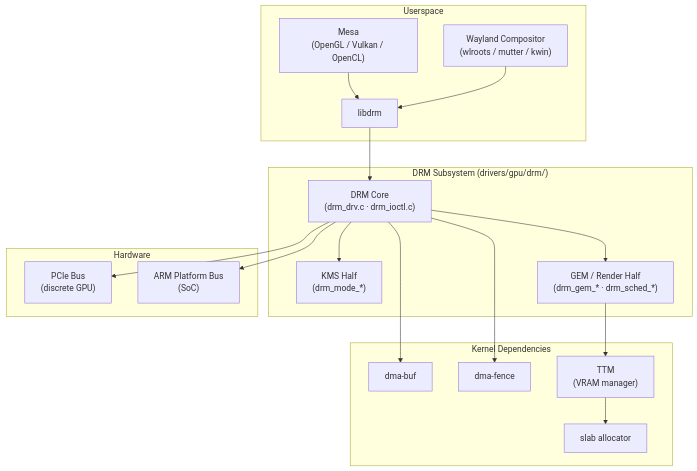
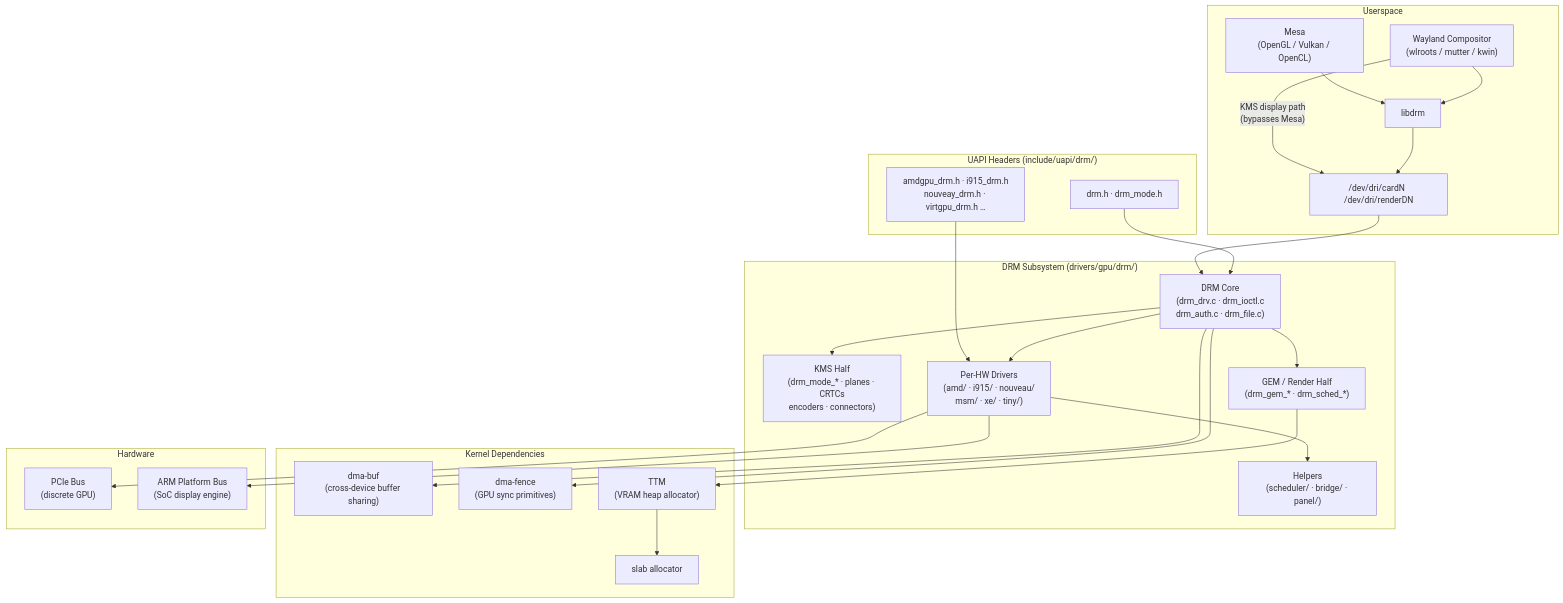
One commit to jreuben11/linux-graphics-stack-book changed the first of 6 diagrams in chapters/part-01-kernel-layer/ch01-drm-architecture.md. Above: the diagram before and after it, drawn with Mermaid.

Commit message:
Expand ch01 §1 component diagram to match prose coverage
Adds missing elements: UAPI headers subgraph (drm.h, drm_mode.h,
amdgpu_drm.h etc.), /dev/dri/ device nodes, per-HW driver subdir node
(amd/, i915/, nouveau/, msm/, xe/, tiny/), helper libraries
(scheduler/, bridge/, panel/), KMS object detail (planes, CRTCs,
encoders, connectors), and the direct Compositor→KMS display path that
bypasses Mesa. Edge from UAPIDriver→Drivers clarifies that per-driver
UAPI headers are consumed by the corresponding driver subdirectory.

````diff
--- a/chapters/part-01-kernel-layer/ch01-drm-architecture.md
+++ b/chapters/part-01-kernel-layer/ch01-drm-architecture.md
@@ -56,34 +56,47 @@
 ```mermaid
 graph TD
     subgraph Userspace
         Mesa["Mesa\n(OpenGL / Vulkan / OpenCL)"]
         Compositor["Wayland Compositor\n(wlroots / mutter / kwin)"]
         libdrm["libdrm"]
+        DevNodes["/dev/dri/cardN  /dev/dri/renderDN"]
+    end
+    subgraph "UAPI Headers (include/uapi/drm/)"
+        UAPICore["drm.h · drm_mode.h"]
+        UAPIDriver["amdgpu_drm.h · i915_drm.h\nnouveay_drm.h · virtgpu_drm.h …"]
     end
     subgraph "DRM Subsystem (drivers/gpu/drm/)"
-        DRMCore["DRM Core\n(drm_drv.c · drm_ioctl.c)"]
-        KMS["KMS Half\n(drm_mode_*)"]
+        DRMCore["DRM Core\n(drm_drv.c · drm_ioctl.c\ndrm_auth.c · drm_file.c)"]
+        KMS["KMS Half\n(drm_mode_* · planes · CRTCs\nencoders · connectors)"]
         GEM["GEM / Render Half\n(drm_gem_* · drm_sched_*)"]
+        Helpers["Helpers\n(scheduler/ · bridge/ · panel/)"]
+        Drivers["Per-HW Drivers\n(amd/ · i915/ · nouveau/\nmsm/ · xe/ · tiny/)"]
     end
     subgraph "Kernel Dependencies"
-        dmabuf["dma-buf"]
-        dmafence["dma-fence"]
-        TTM["TTM\n(VRAM manager)"]
+        dmabuf["dma-buf\n(cross-device buffer sharing)"]
+        dmafence["dma-fence\n(GPU sync primitives)"]
+        TTM["TTM\n(VRAM heap allocator)"]
         slab["slab allocator"]
     end
     subgraph Hardware
         PCIe["PCIe Bus\n(discrete GPU)"]
-        Platform["ARM Platform Bus\n(SoC)"]
+        Platform["ARM Platform Bus\n(SoC display engine)"]
     end
     Mesa --> libdrm
     Compositor --> libdrm
-    libdrm --> DRMCore
+    Compositor -->|"KMS display path\n(bypasses Mesa)"| DevNodes
+    libdrm --> DevNodes
+    DevNodes --> DRMCore
+    UAPICore --> DRMCore
+    UAPIDriver --> Drivers
     DRMCore --> KMS
     DRMCore --> GEM
+    DRMCore --> Drivers
+    Drivers --> Helpers
     GEM --> TTM
     TTM --> slab
     DRMCore --> dmabuf
     DRMCore --> dmafence
-    DRMCore --> PCIe
-    DRMCore --> Platform
+    Drivers --> PCIe
+    Drivers --> Platform
 ```
````
